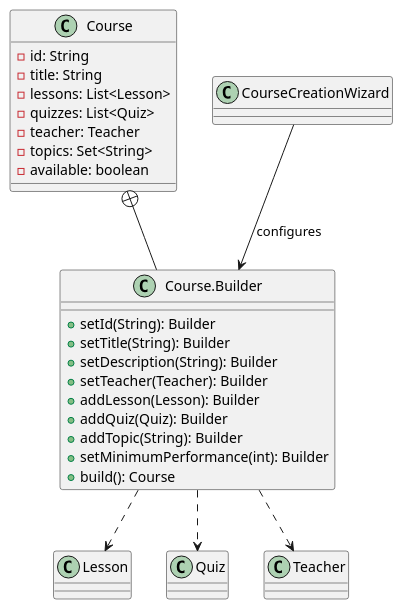
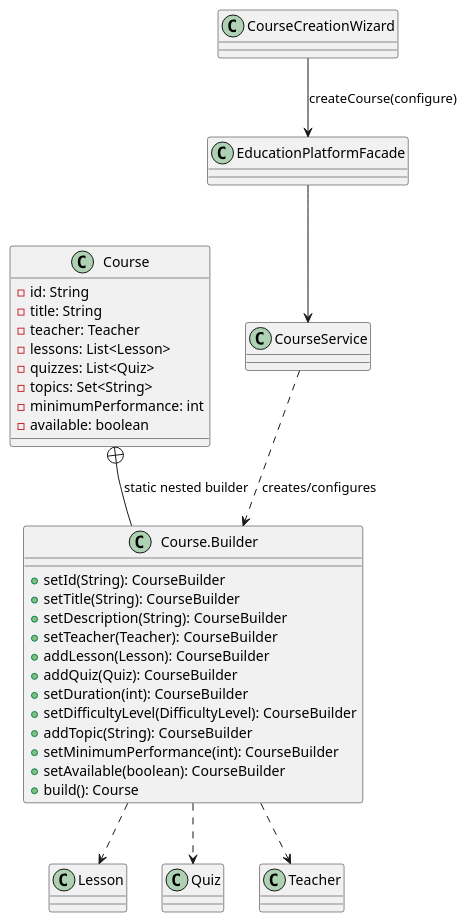
One commit to vuus1d/SDP_Final_Online-Education-Platform changed the diagram in docs/uml/builder-class.puml. Above: the diagram before and after it, drawn with PlantUML. The commit also changed 44 other files, not shown here.

```diff
--- a/docs/uml/builder-class.puml
+++ b/docs/uml/builder-class.puml
@@ -1,28 +1,36 @@
 @startuml
 class Course {
  -id: String
  -title: String
+ -teacher: Teacher
  -lessons: List<Lesson>
  -quizzes: List<Quiz>
- -teacher: Teacher
  -topics: Set<String>
+ -minimumPerformance: int
  -available: boolean
 }
-class "Course.Builder" as Builder {
- +setId(String): Builder
- +setTitle(String): Builder
- +setDescription(String): Builder
- +setTeacher(Teacher): Builder
- +addLesson(Lesson): Builder
- +addQuiz(Quiz): Builder
- +addTopic(String): Builder
- +setMinimumPerformance(int): Builder
+class "Course.Builder" as CourseBuilder {
+ +setId(String): CourseBuilder
+ +setTitle(String): CourseBuilder
+ +setDescription(String): CourseBuilder
+ +setTeacher(Teacher): CourseBuilder
+ +addLesson(Lesson): CourseBuilder
+ +addQuiz(Quiz): CourseBuilder
+ +setDuration(int): CourseBuilder
+ +setDifficultyLevel(DifficultyLevel): CourseBuilder
+ +addTopic(String): CourseBuilder
+ +setMinimumPerformance(int): CourseBuilder
+ +setAvailable(boolean): CourseBuilder
  +build(): Course
 }
 class CourseCreationWizard
-Course +-- Builder
-CourseCreationWizard --> Builder : configures
-Builder ..> Lesson
-Builder ..> Quiz
-Builder ..> Teacher
+class EducationPlatformFacade
+class CourseService
+Course +-- CourseBuilder : static nested builder
+CourseBuilder ..> Lesson
+CourseBuilder ..> Quiz
+CourseBuilder ..> Teacher
+CourseCreationWizard --> EducationPlatformFacade : createCourse(configure)
+EducationPlatformFacade --> CourseService
+CourseService ..> CourseBuilder : creates/configures
 @enduml
```
